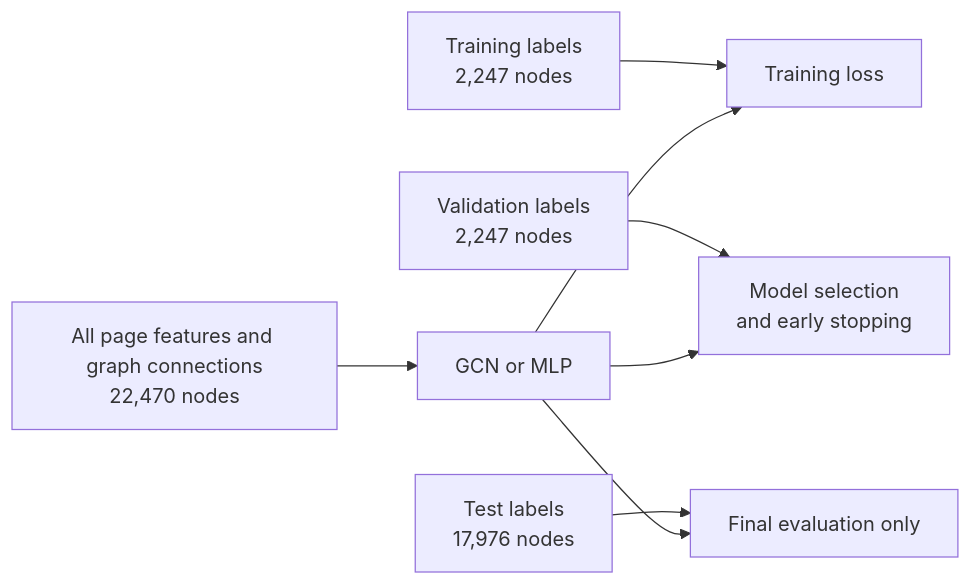
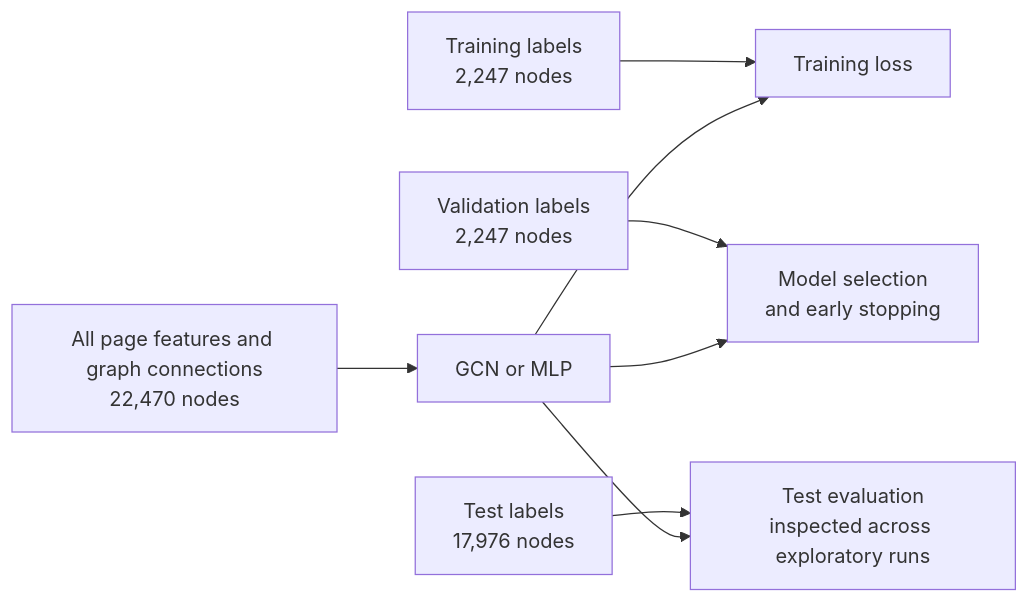
One commit to shakes76/PatternAnalysis-2026 changed the second of 2 diagrams in recognition/GCN_s4804133/README.md. Above: the diagram before and after it, drawn with Mermaid. The commit also changed other lines of this file and 3 other files, not shown here.

````diff
--- a/recognition/GCN_s4804133/README.md
+++ b/recognition/GCN_s4804133/README.md
@@ -114,10 +120,10 @@
 ```mermaid
 flowchart LR
     G["All page features and graph connections<br/>22,470 nodes"] --> M["GCN or MLP"]
     YT["Training labels<br/>2,247 nodes"] --> L["Training loss"]
     M --> L
     YV["Validation labels<br/>2,247 nodes"] --> V["Model selection<br/>and early stopping"]
     M --> V
-    YE["Test labels<br/>17,976 nodes"] --> E["Final evaluation only"]
+    YE["Test labels<br/>17,976 nodes"] --> E["Test evaluation<br/>inspected across exploratory runs"]
     M --> E
 ```
````
